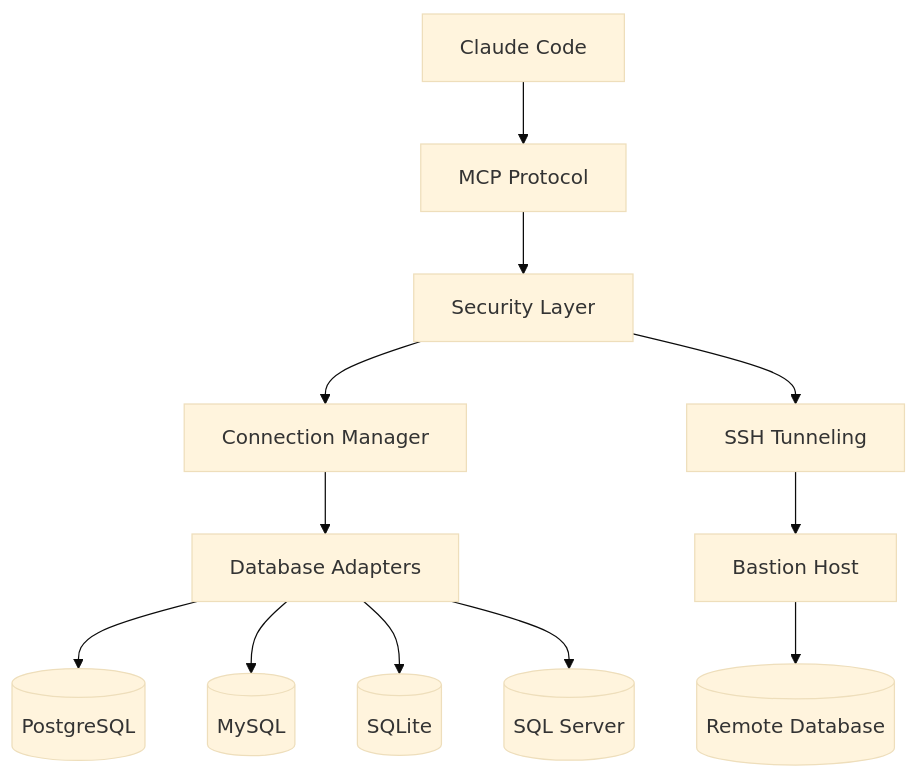
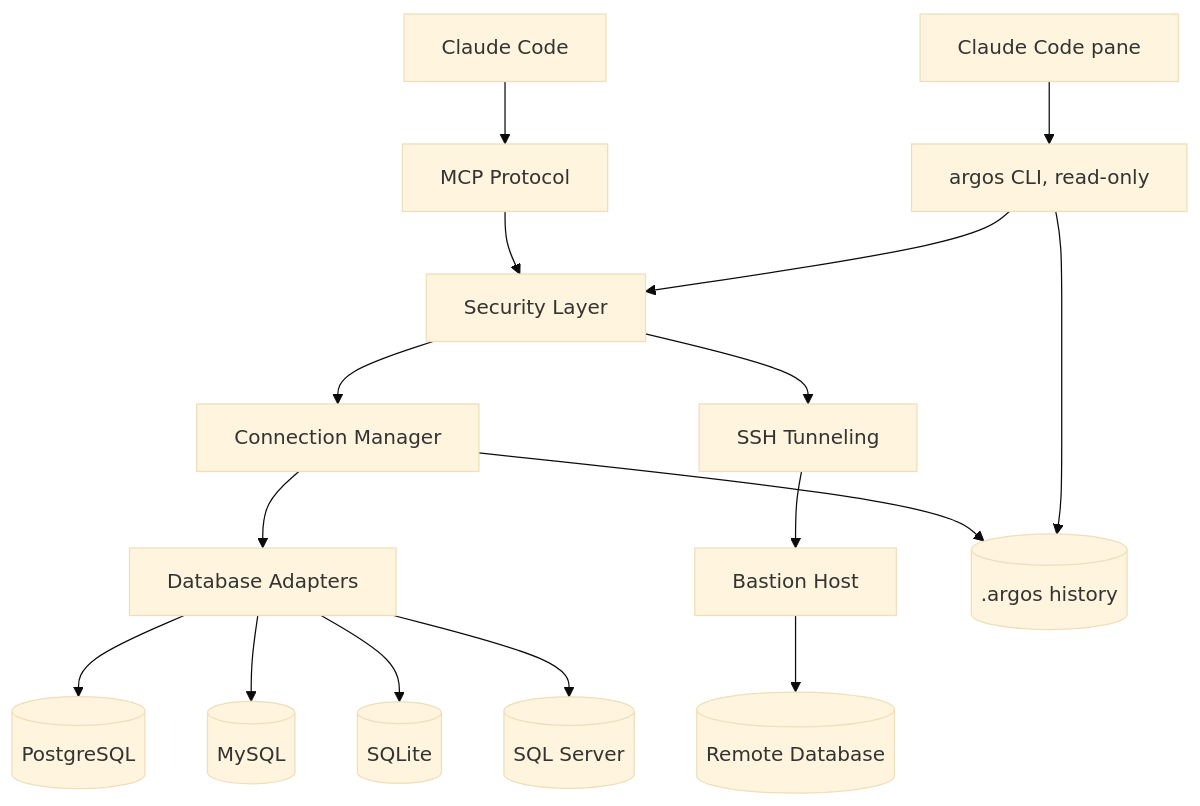
The diagram in README.md (AraneaDev/argos), drawn with Mermaid (base theme) before and after one commit. The commit also changed other lines of this file, not shown here.

Commit message:
docs: reorganise the README around the pane

````diff
--- a/README.md
+++ b/README.md
@@ -138,16 +364,21 @@
 ```mermaid
 graph TB
  Claude[Claude Code] --> MCP[MCP Protocol]
  MCP --> Security[Security Layer]
  Security --> Connection[Connection Manager]
  Connection --> Adapters[Database Adapters]
 
  Adapters --> PostgreSQL[(PostgreSQL)]
  Adapters --> MySQL[(MySQL)]
  Adapters --> SQLite[(SQLite)]
  Adapters --> MSSQL[(SQL Server)]
 
  Security --> SSH[SSH Tunneling]
  SSH --> Bastion[Bastion Host]
  Bastion --> RemoteDB[(Remote Database)]
+
+ Connection --> History[(.argos history)]
+ Pane[Claude Code pane] --> CLI[argos CLI, read-only]
+ CLI --> Security
+ CLI --> History
 ```
````
